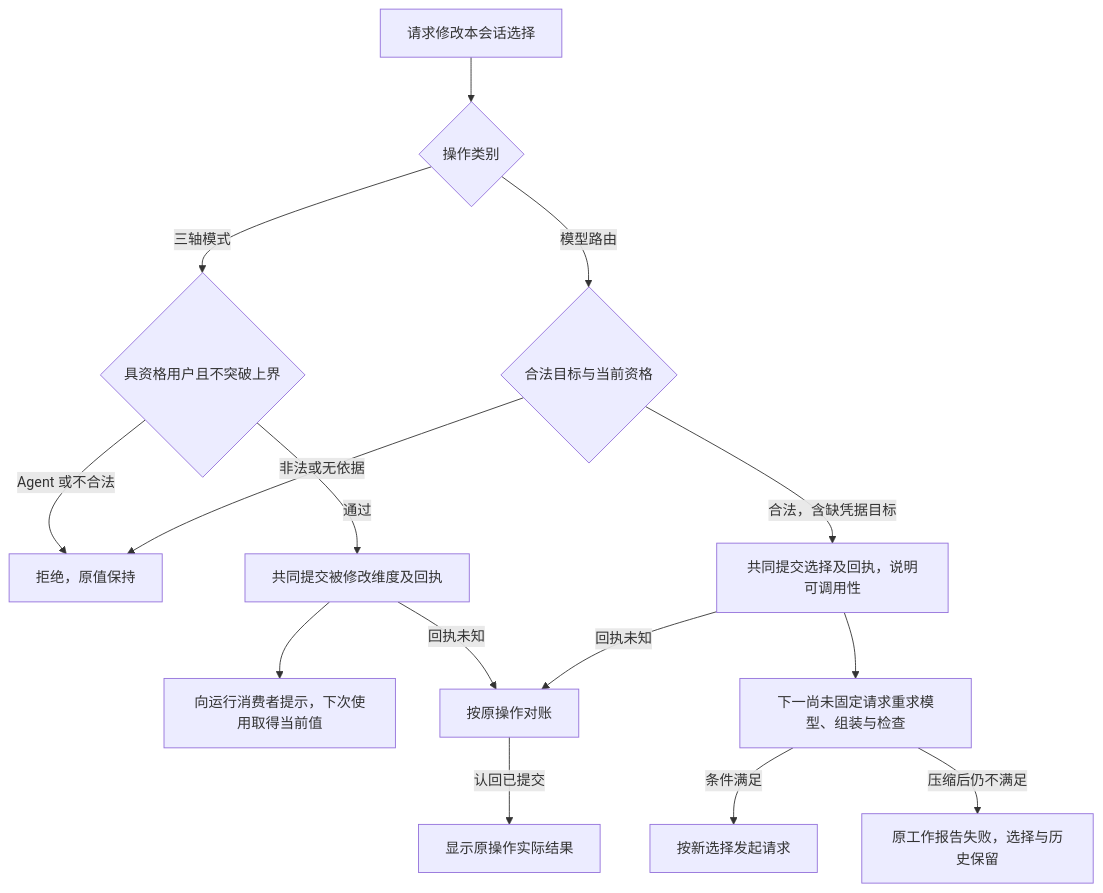
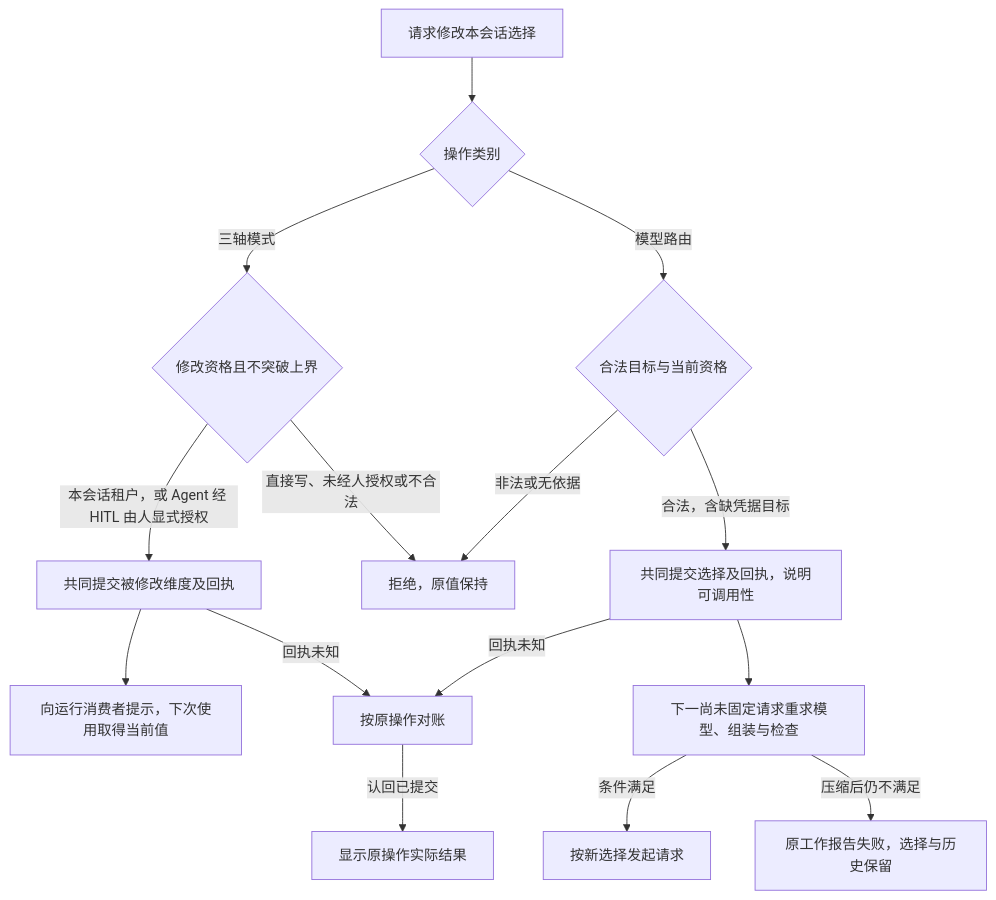
One commit to nemori-ai/omne-harness-lite changed the sixth of 10 diagrams in packages/session/session/docs/key-flows.md. Above: the diagram before and after it, drawn with Mermaid. The commit also changed other lines of this file and 13 other files, not shown here.

````diff
--- a/packages/session/session/docs/key-flows.md
+++ b/packages/session/session/docs/key-flows.md
@@ -179,17 +179,17 @@
 ```mermaid
 flowchart TD
     U[请求修改本会话选择] --> K{操作类别}
-    K -->|三轴模式| M{具资格用户且不突破上界}
-    M -->|Agent 或不合法| R[拒绝，原值保持]
-    M -->|通过| MC[共同提交被修改维度及回执]
+    K -->|三轴模式| M{修改资格且不突破上界}
+    M -->|本会话租户，或 Agent 经 HITL 由人显式授权| MC[共同提交被修改维度及回执]
+    M -->|直接写、未经人授权或不合法| R[拒绝，原值保持]
     MC --> CTX[向运行消费者提示，下次使用取得当前值]
     K -->|模型路由| L{合法目标与当前资格}
     L -->|非法或无依据| R
     L -->|合法，含缺凭据目标| LC[共同提交选择及回执，说明可调用性]
     LC --> NEXT[下一尚未固定请求重求模型、组装与检查]
     NEXT -->|条件满足| CALL[按新选择发起请求]
     NEXT -->|压缩后仍不满足| FAIL[原工作报告失败，选择与历史保留]
     MC -->|回执未知| Q[按原操作对账]
     LC -->|回执未知| Q
     Q -->|认回已提交| V[显示原操作实际结果]
 ```
````
